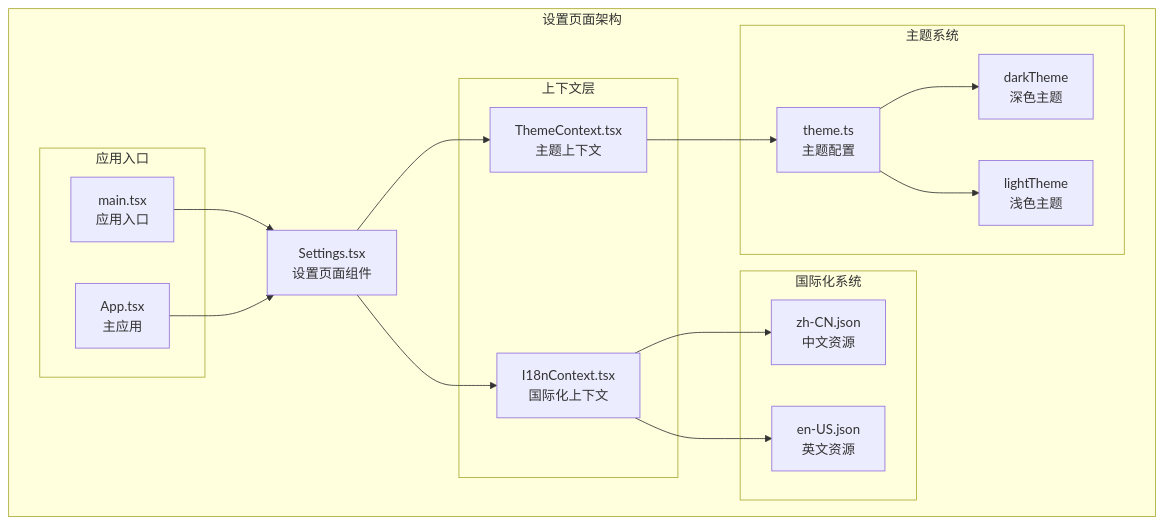
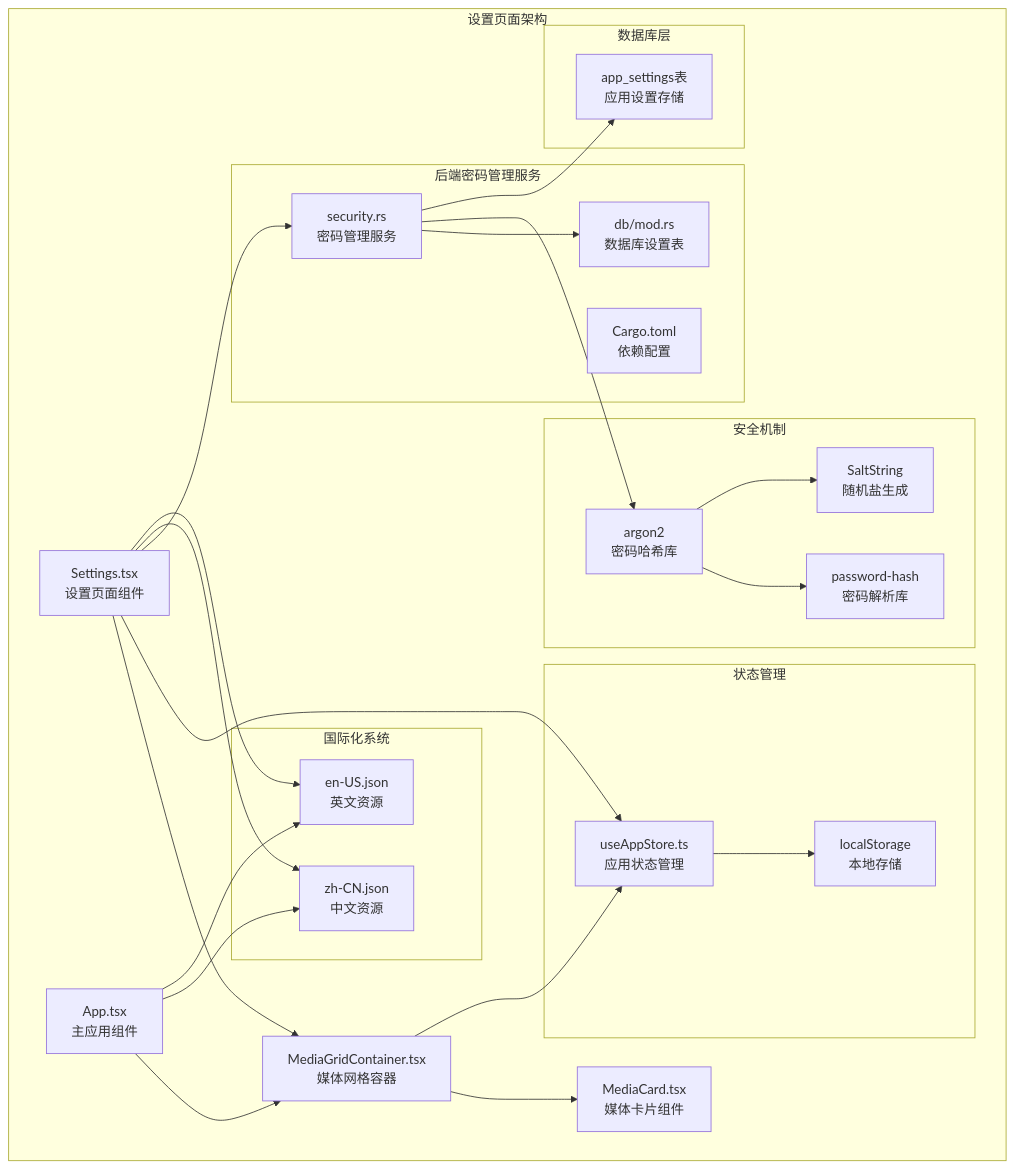
The first of 3 diagrams in doc/repowiki/zh/content/Settings Page.md (YLee9527/Medex), drawn with Mermaid before and after one commit. The commit also changed other lines of this file and 31 other files, not shown here.

First line of the commit message:
docs(doc): 添加部署脚本、锁屏功能、发布指南及设置按钮图标文档

````diff
--- a/doc/repowiki/zh/content/Settings Page.md
+++ b/doc/repowiki/zh/content/Settings Page.md
@@ -37,32 +50,46 @@
 ```mermaid
 graph TB
 subgraph "设置页面架构"
 Settings[Settings.tsx<br/>设置页面组件]
-subgraph "上下文层"
-ThemeCtx[ThemeContext.tsx<br/>主题上下文]
-I18nCtx[I18nContext.tsx<br/>国际化上下文]
+App[App.tsx<br/>主应用组件]
+MediaGridContainer[MediaGridContainer.tsx<br/>媒体网格容器]
+MediaCard[MediaCard.tsx<br/>媒体卡片组件]
+subgraph "状态管理"
+UseAppStore[useAppStore.ts<br/>应用状态管理]
+LocalStorage[localStorage<br/>本地存储]
 end
-subgraph "主题系统"
-Theme[theme.ts<br/>主题配置]
-Dark[darkTheme<br/>深色主题]
-Light[lightTheme<br/>浅色主题]
+subgraph "后端密码管理服务"
+SecurityRS[security.rs<br/>密码管理服务]
+DBMOD[db/mod.rs<br/>数据库设置表]
+CARGOTOML[Cargo.toml<br/>依赖配置]
+end
+subgraph "安全机制"
+Argon2[argon2<br/>密码哈希库]
+PasswordHash[password-hash<br/>密码解析库]
+SaltString[SaltString<br/>随机盐生成]
 end
 subgraph "国际化系统"
 ZhCN[zh-CN.json<br/>中文资源]
 EnUS[en-US.json<br/>英文资源]
 end
-subgraph "应用入口"
-MainTSX[main.tsx<br/>应用入口]
-AppTSX[App.tsx<br/>主应用]
+subgraph "数据库层"
+AppSettings[app_settings表<br/>应用设置存储]
 end
 end
-Settings --> ThemeCtx
-Settings --> I18nCtx
-ThemeCtx --> Theme
-Theme --> Dark
-Theme --> Light
-I18nCtx --> ZhCN
-I18nCtx --> EnUS
-MainTSX --> Settings
-AppTSX --> Settings
+Settings --> MediaGridContainer
+Settings --> UseAppStore
+Settings --> SecurityRS
+App --> MediaGridContainer
+MediaGridContainer --> MediaCard
+MediaGridContainer --> UseAppStore
+UseAppStore --> LocalStorage
+SecurityRS --> DBMOD
+SecurityRS --> Argon2
+Argon2 --> PasswordHash
+Argon2 --> SaltString
+SecurityRS --> AppSettings
+Settings --> ZhCN
+Settings --> EnUS
+App --> ZhCN
+App --> EnUS
 ```
````
